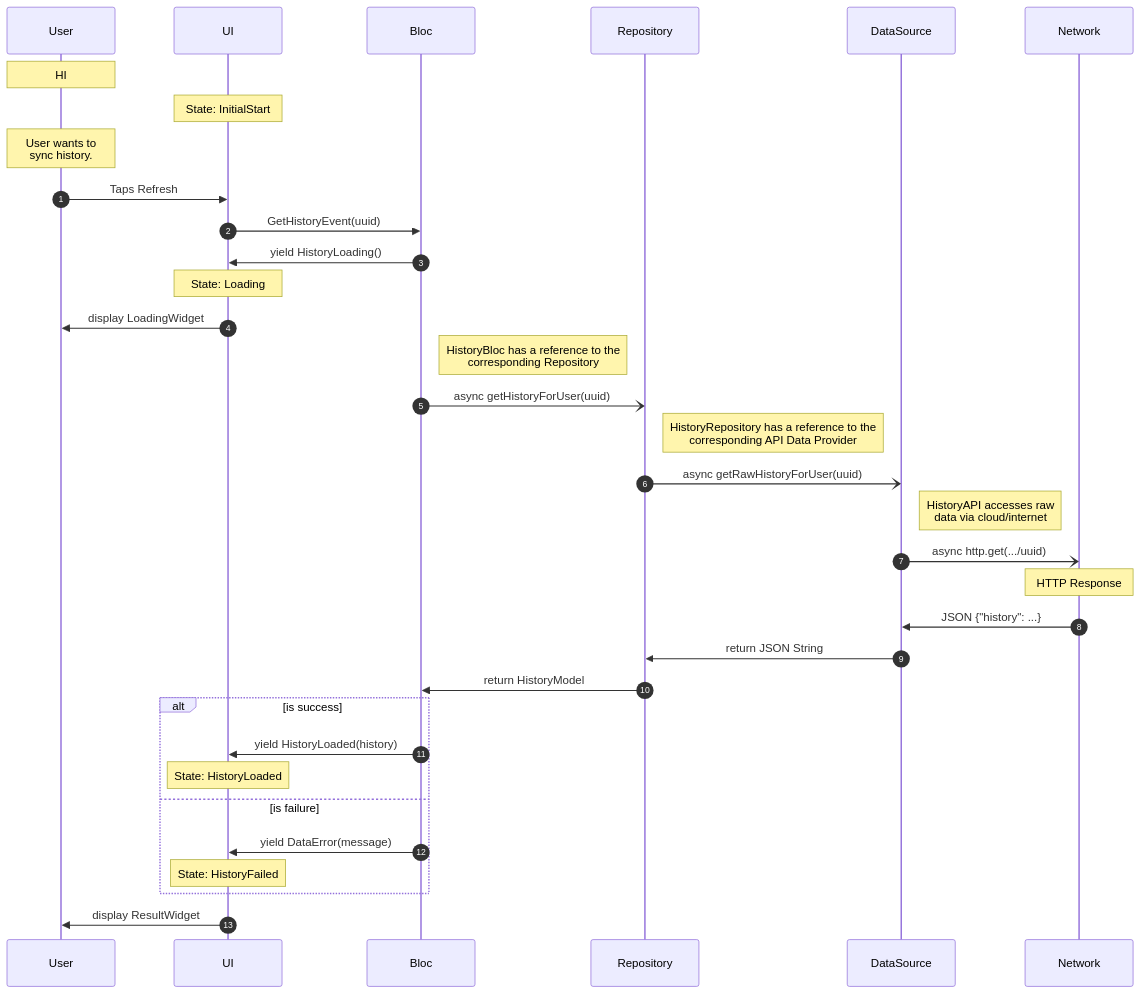
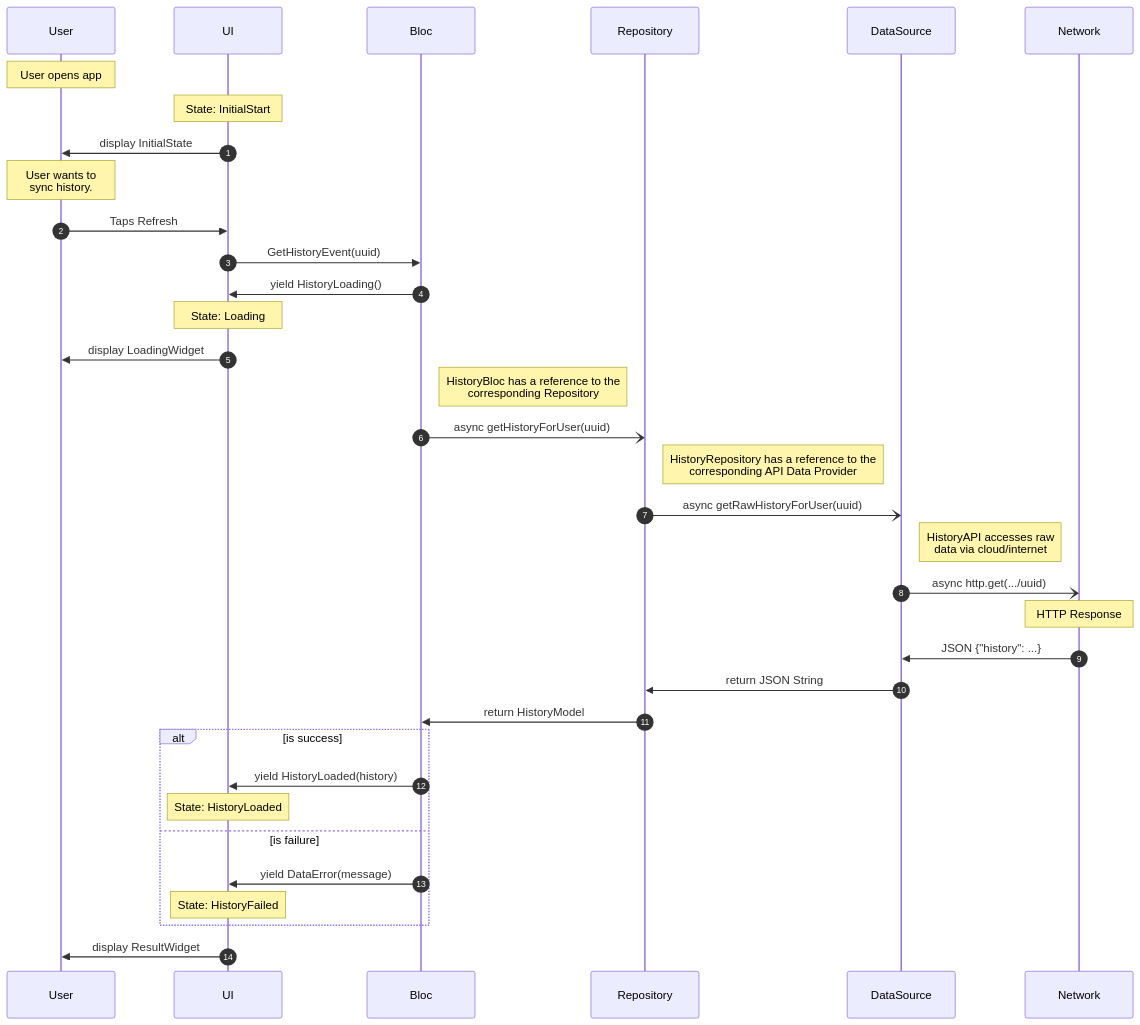
One commit to CrossBread/emotion-wheel changed the diagram in emotion_wheel/lib/bloc/bloc_architecture.md. Above: the diagram before and after it, drawn with Mermaid.

Commit message:
Update Sequence Diagram

````diff
--- a/emotion_wheel/lib/bloc/bloc_architecture.md
+++ b/emotion_wheel/lib/bloc/bloc_architecture.md
@@ -7,52 +7,54 @@
 ```mermaid
 
 sequenceDiagram
 
     autonumber
-    Note over User: HI
+    Note over User: User opens app
     %% Boxes Require Mermaid 9.4.0 / Android Studio Giraffe
     %% box Presentation
         actor User
         participant UI
         participant Bloc
         participant Repository
     %% end
     
     Note over UI: State: InitialStart
+    UI->>User: display InitialState 
+    
     Note over User: User wants to<br/>sync history.
     User->>UI: Taps Refresh
     
     UI->>Bloc: GetHistoryEvent(uuid)
     Bloc->>UI: yield HistoryLoading()
     
     Note over UI: State: Loading
     UI->>User: display LoadingWidget 
     
     Note right of Bloc: HistoryBloc has a reference to the<br/> corresponding Repository
     Bloc-)Repository: async getHistoryForUser(uuid)
     
     Note right of Repository: HistoryRepository has a reference to the<br/> corresponding API Data Provider
     Repository-)DataSource: async getRawHistoryForUser(uuid)
     
     Note right of DataSource: HistoryAPI accesses raw<br/>data via cloud/internet
     DataSource-)Network: async http.get(.../uuid);
     
     Note over Network: HTTP Response
     
     %% Return back up the Future<> chain    
     Network->>DataSource: JSON {"history": ...}
     DataSource->>Repository: return JSON String
     Repository->>Bloc: return HistoryModel
     
     alt is success
         Bloc->>UI: yield HistoryLoaded(history)
         
         Note over UI: State: HistoryLoaded
     else is failure
         Bloc->>UI: yield DataError(message)
         
         Note over UI: State: HistoryFailed
     end
         UI->>User: display ResultWidget 
     
 ```
````
